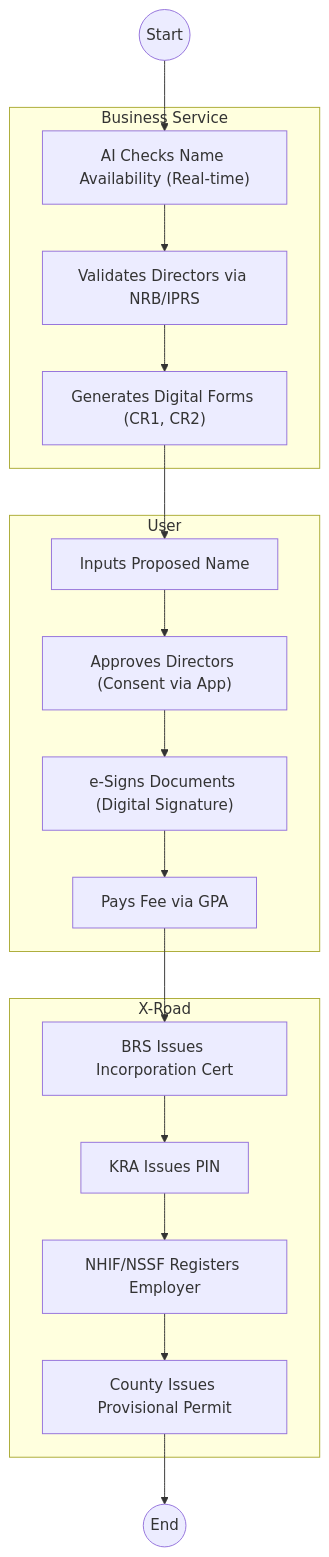
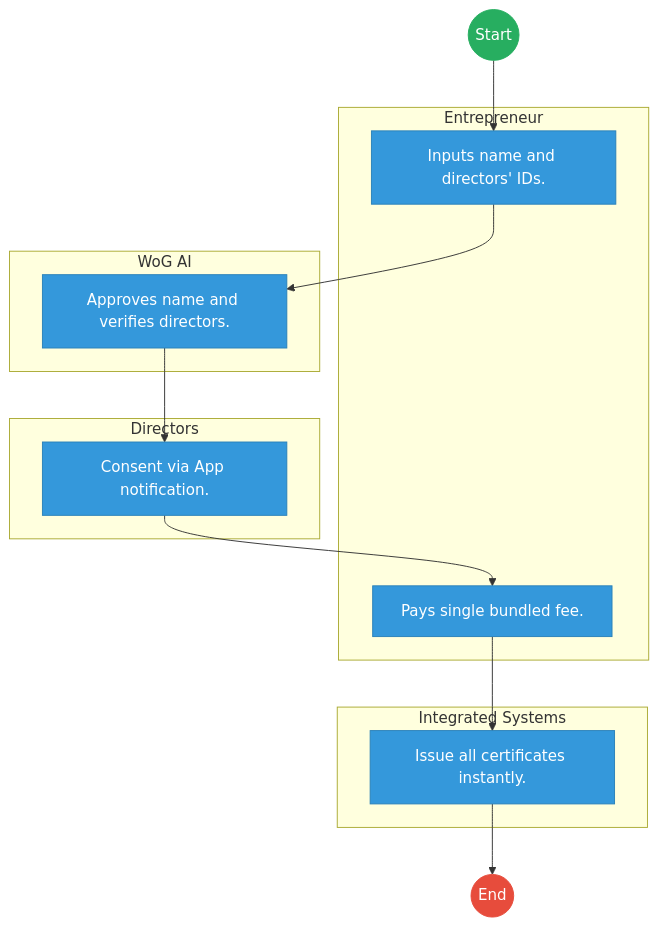
One commit to BITZ-IT-Consulting-LTD/ictapoc changed the second of 2 diagrams in mdas/docs_final/Business_Registration_Service___Service_Delivery.md. Above: the diagram before and after it, drawn with Mermaid. The commit also changed other lines of this file and 461 other files, not shown here.

````diff
--- a/mdas/docs_final/Business_Registration_Service___Service_Delivery.md
+++ b/mdas/docs_final/Business_Registration_Service___Service_Delivery.md
@@ -121,33 +121,35 @@
 ```mermaid
 graph TD
     Start((Start)) --> S1
-    subgraph WoG_Platform [Business Service]
-        S1["AI Checks Name Availability (Real-time)"]
-        S2["Validates Directors via NRB/IPRS"]
-        S3["Generates Digital Forms (CR1, CR2)"]
+
+    subgraph Entrepreneur [Entrepreneur]
+        S1["Inputs name and directors' IDs."]
+        S4["Pays single bundled fee."]
     end
-    subgraph Entrepreneur [User]
-        S4["Inputs Proposed Name"]
-        S5["Approves Directors (Consent via App)"]
-        S6["e-Signs Documents (Digital Signature)"]
-        S7["Pays Fee via GPA"]
+
+    subgraph WoG_AI [WoG AI]
+        S2["Approves name and verifies directors."]
     end
-    subgraph Integrated_Systems [X-Road]
-        S8["BRS Issues Incorporation Cert"]
-        S9["KRA Issues PIN"]
-        S10["NHIF/NSSF Registers Employer"]
-        S11["County Issues Provisional Permit"]
+
+    subgraph Directors [Directors]
+        S3["Consent via App notification."]
     end
-    
+
+    subgraph Integrated_Systems [Integrated Systems]
+        S5["Issue all certificates instantly."]
+    end
     S1 --> S2
     S2 --> S3
     S3 --> S4
     S4 --> S5
-    S5 --> S6
-    S6 --> S7
-    S7 --> S8
-    S8 --> S9
-    S9 --> S10
-    S10 --> S11
-    S11 --> End((End))
+    S5 --> End((End))
+
+    classDef start fill:#27ae60,stroke:#27ae60,color:#fff;
+    classDef endNode fill:#e74c3c,stroke:#e74c3c,color:#fff;
+    classDef userTask fill:#3498db,stroke:#2980b9,color:#fff;
+    classDef serviceTask fill:#9b59b6,stroke:#8e44ad,color:#fff;
+
+    class Start start;
+    class End endNode;
+    class S1,S2,S3,S4,S5 userTask;
 ```
````
